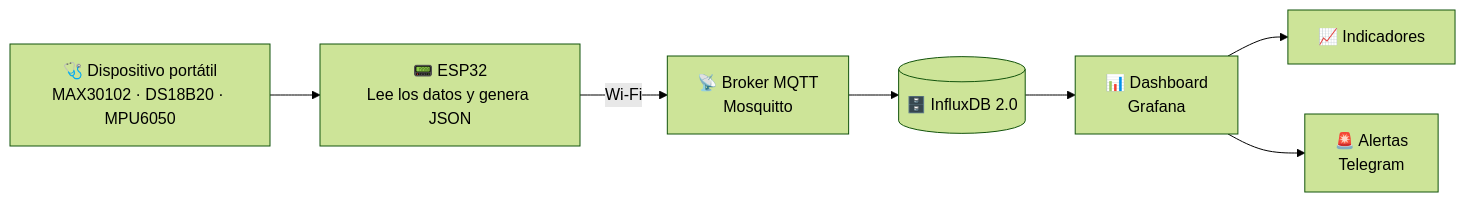
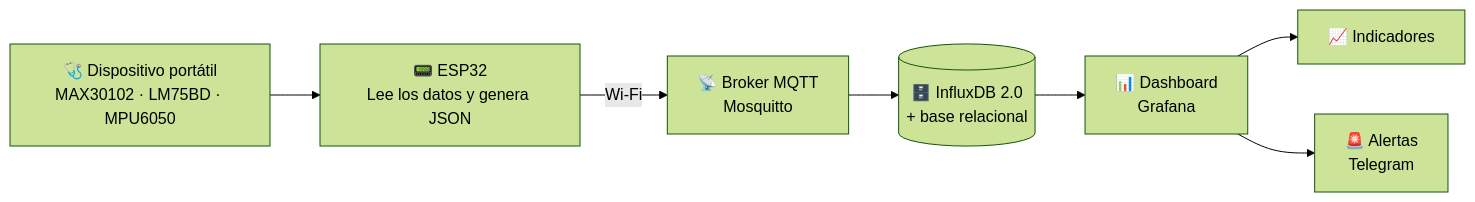
The first of 2 diagrams in README.md (A01798876/Reto-implementacion-de-internet), drawn with Mermaid (forest theme) before and after one commit. The commit also changed other lines of this file, not shown here.

````diff
--- a/README.md
+++ b/README.md
@@ -57,9 +64,9 @@
 ```mermaid
 flowchart LR
-    A["🩺 Dispositivo portátil<br/>MAX30102 · DS18B20 · MPU6050"] --> B["📟 ESP32<br/>Lee los datos y genera JSON"]
+    A["🩺 Dispositivo portátil<br/>MAX30102 · LM75BD · MPU6050"] --> B["📟 ESP32<br/>Lee los datos y genera JSON"]
     B -- "Wi-Fi" --> C["📡 Broker MQTT<br/>Mosquitto"]
-    C --> D[("🗄️ InfluxDB 2.0")]
+    C --> D[("🗄️ InfluxDB 2.0<br/>+ base relacional")]
     D --> E["📊 Dashboard<br/>Grafana"]
     E --> F["📈 Indicadores"]
     E --> G["🚨 Alertas<br/>Telegram"]
 ```
````
